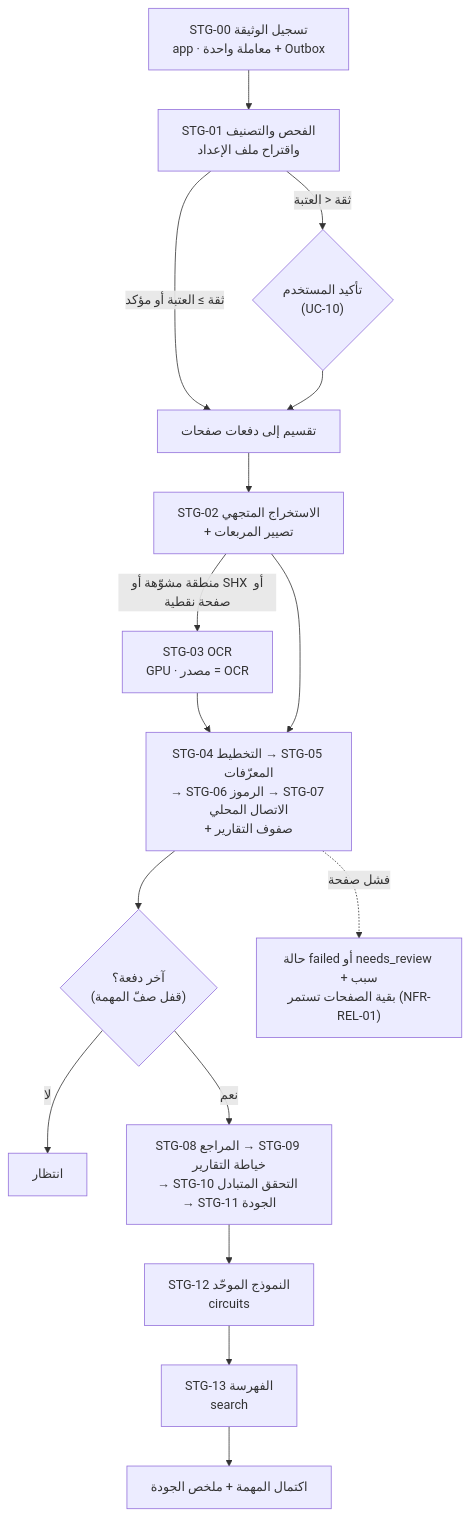
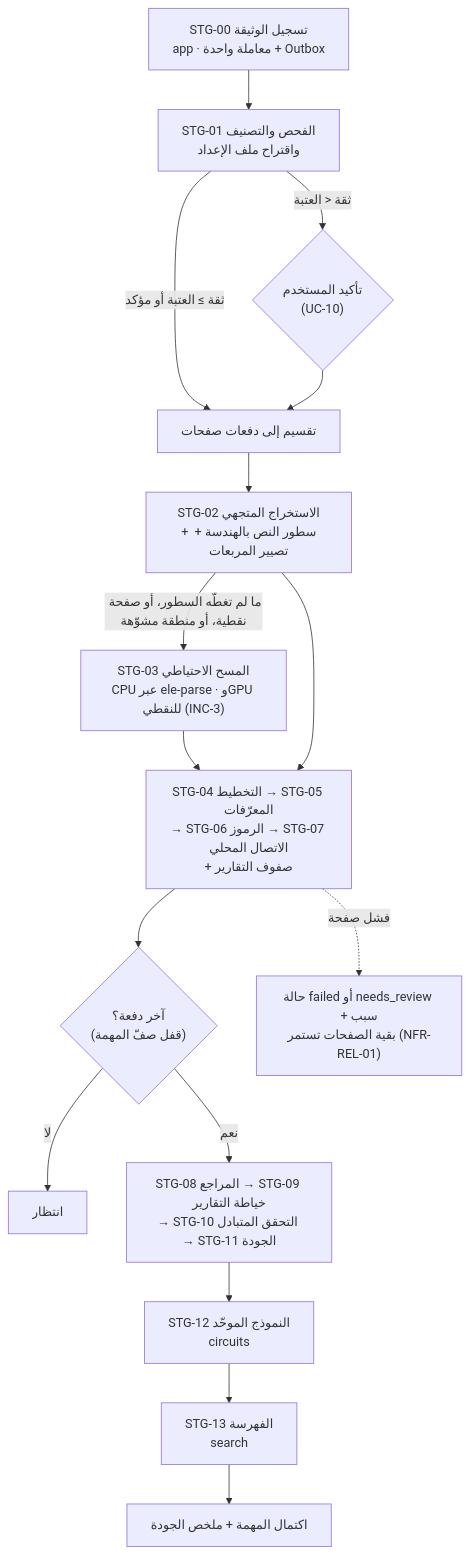
Before and after one commit to anastawahia/aizzak: the fourth of 10 diagrams in docs/delivery/electrical-drawings/docs/hld.md, drawn with Mermaid. The commit also changed other lines of this file and 3 other files, not shown here.

````diff
--- a/docs/delivery/electrical-drawings/docs/hld.md
+++ b/docs/delivery/electrical-drawings/docs/hld.md
@@ -672,18 +675,18 @@
 ```mermaid
 flowchart TD
     A["STG‑00 تسجيل الوثيقة<br/>app · معاملة واحدة + Outbox"] --> B["STG‑01 الفحص والتصنيف<br/>واقتراح ملف الإعداد"]
     B -->|ثقة < العتبة| C{"تأكيد المستخدم<br/>(UC-10)"}
     B -->|ثقة ≥ العتبة أو مؤكد| D
     C --> D["تقسيم إلى دفعات صفحات"]
-    D --> E["STG‑02 الاستخراج المتجهي<br/>+ تصيير المربعات"]
-    E -->|منطقة مشوّهة أو SHX أو صفحة نقطية| O["STG‑03 OCR<br/>GPU · مصدر = OCR"]
+    D --> E["STG‑02 الاستخراج المتجهي<br/>+ سطور النص بالهندسة + تصيير المربعات"]
+    E -->|ما لم تغطّه السطور، أو صفحة نقطية، أو منطقة مشوّهة| O["STG‑03 المسح الاحتياطي<br/>CPU عبر ele-parse · وGPU للنقطي (INC‑3)"]
     O --> F
     E --> F["STG‑04 التخطيط → STG‑05 المعرّفات<br/>→ STG‑06 الرموز → STG‑07 الاتصال المحلي<br/>+ صفوف التقارير"]
     F --> G{"آخر دفعة؟<br/>(قفل صفّ المهمة)"}
     G -->|لا| H["انتظار"]
     G -->|نعم| I["STG‑08 المراجع → STG‑09 خياطة التقارير<br/>→ STG‑10 التحقق المتبادل → STG‑11 الجودة"]
     I --> J["STG‑12 النموذج الموحّد<br/>circuits"]
     J --> K["STG‑13 الفهرسة<br/>search"]
     K --> L["اكتمال المهمة + ملخص الجودة"]
     F -.->|فشل صفحة| X["حالة failed أو needs_review + سبب<br/>بقية الصفحات تستمر (NFR-REL-01)"]
 ```
````
